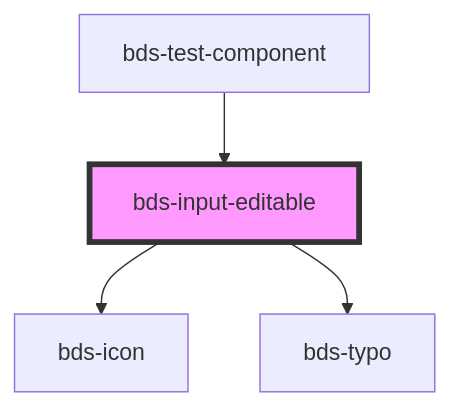
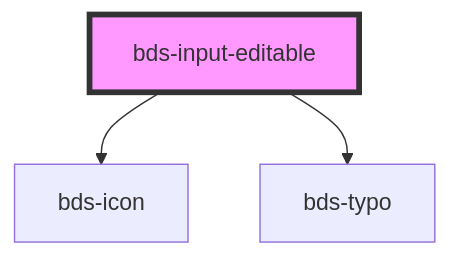
Before and after one commit to takenet/blip-ds: the diagram in src/components/input-editable/readme.md, drawn with Mermaid. The commit also changed other lines of this file and 40 other files, not shown here.

Commit message:
feat(test-components): remove components example from test component

````diff
--- a/src/components/input-editable/readme.md
+++ b/src/components/input-editable/readme.md
@@ -62,7 +58,6 @@
 ```mermaid
 graph TD;
   bds-input-editable --> bds-icon
   bds-input-editable --> bds-typo
-  bds-test-component --> bds-input-editable
   style bds-input-editable fill:#f9f,stroke:#333,stroke-width:4px
 ```
````
